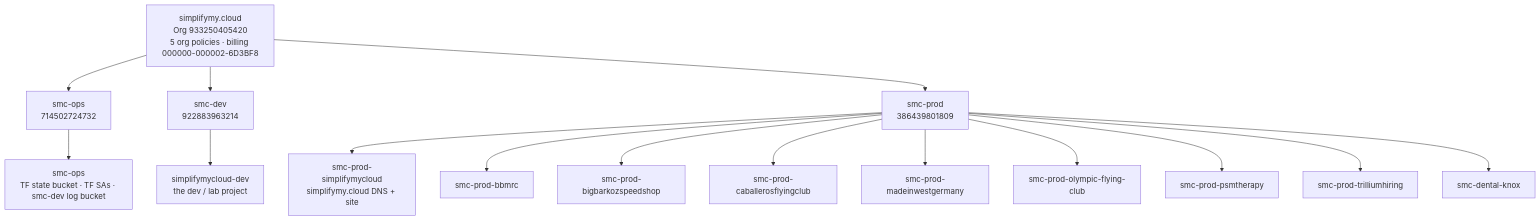
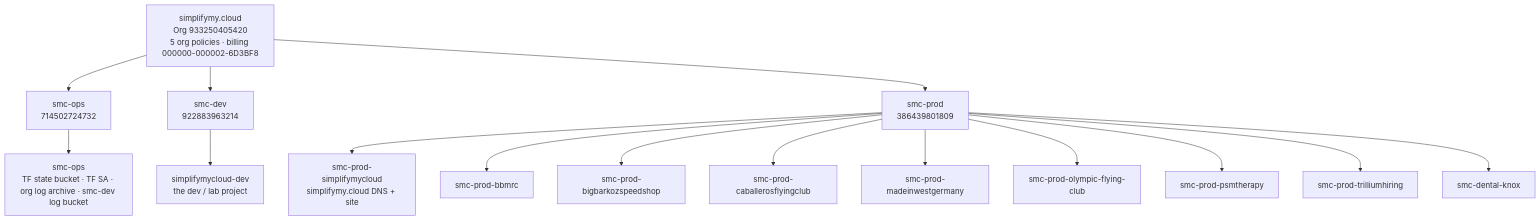
The diagram in foundation/readme.md (SimplifyMyCloud/GCP-InfrastructureState), drawn with Mermaid before and after one commit. The commit also changed other lines of this file and 4 other files, not shown here.

````diff
--- a/foundation/readme.md
+++ b/foundation/readme.md
@@ -49,19 +49,19 @@
 ```mermaid
 flowchart TD
   org["simplifymy.cloud<br/>Org 933250405420<br/>5 org policies · billing 000000-000002-6D3BF8"]
   ops["smc-ops<br/>714502724732"]
   dev["smc-dev<br/>922883963214"]
   prod["smc-prod<br/>386439801809"]
   org --> ops & dev & prod
-  ops --> o1["smc-ops<br/>TF state bucket · TF SAs · smc-dev log bucket"]
+  ops --> o1["smc-ops<br/>TF state bucket · TF SA · org log archive · smc-dev log bucket"]
   dev --> d1["simplifymycloud-dev<br/>the dev / lab project"]
   prod --> p1["smc-prod-simplifymycloud<br/>simplifymy.cloud DNS + site"]
   prod --> p2["smc-prod-bbmrc"]
   prod --> p3["smc-prod-bigbarkozspeedshop"]
   prod --> p4["smc-prod-caballerosflyingclub"]
   prod --> p5["smc-prod-madeinwestgermany"]
   prod --> p6["smc-prod-olympic-flying-club"]
   prod --> p7["smc-prod-psmtherapy"]
   prod --> p8["smc-prod-trilliumhiring"]
   prod --> p9["smc-dental-knox"]
 ```
````
